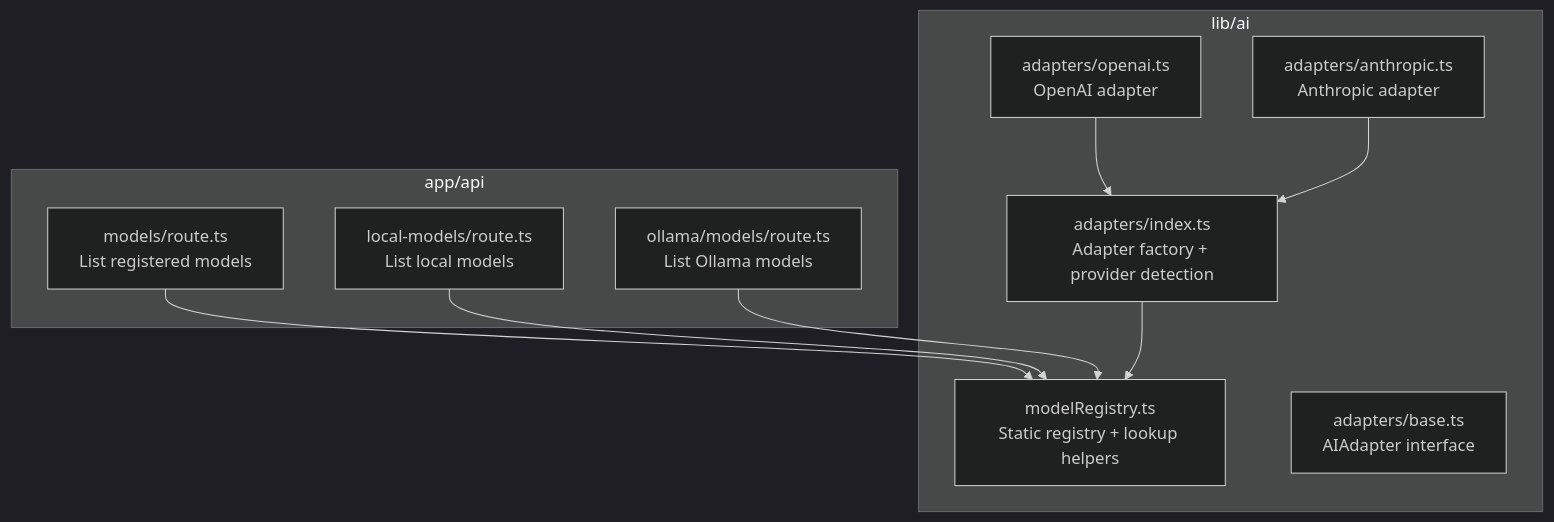
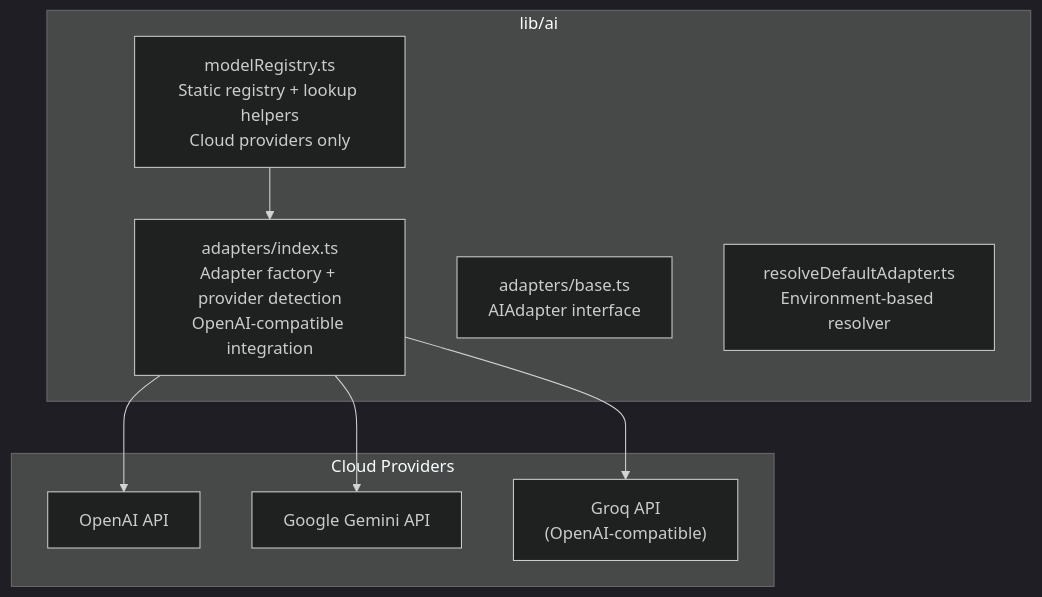
One commit to shekhargiri005-dotcom/AI-powered-accessibility-first-UI-engine changed the first of 5 diagrams in .qoder/repowiki/en/content/AI Generation Engine/Model Configuration & Selection/Model Registry & Profiles.md. Above: the diagram before and after it, drawn with Mermaid (dark theme). The commit also changed other lines of this file and 10 other files, not shown here.

````diff
--- a/.qoder/repowiki/en/content/AI Generation Engine/Model Configuration & Selection/Model Registry & Profiles.md
+++ b/.qoder/repowiki/en/content/AI Generation Engine/Model Configuration & Selection/Model Registry & Profiles.md
@@ -32,21 +37,18 @@
 ```mermaid
 graph TB
 subgraph "lib/ai"
-MR["modelRegistry.ts<br/>Static registry + lookup helpers"]
-ADIDX["adapters/index.ts<br/>Adapter factory + provider detection"]
+MR["modelRegistry.ts<br/>Static registry + lookup helpers<br/>Cloud providers only"]
+ADIDX["adapters/index.ts<br/>Adapter factory + provider detection<br/>OpenAI-compatible integration"]
 AIBASE["adapters/base.ts<br/>AIAdapter interface"]
-OA["adapters/openai.ts<br/>OpenAI adapter"]
-AC["adapters/anthropic.ts<br/>Anthropic adapter"]
+RESDEF["resolveDefaultAdapter.ts<br/>Environment-based resolver"]
 end
-subgraph "app/api"
-AMR["models/route.ts<br/>List registered models"]
-ALM["local-models/route.ts<br/>List local models"]
-AOLL["ollama/models/route.ts<br/>List Ollama models"]
+subgraph "Cloud Providers"
+OPENAI["OpenAI API"]
+GOOGLE["Google Gemini API"]
+GROQ["Groq API<br/>(OpenAI-compatible)"]
 end
-AMR --> MR
-ALM --> MR
-AOLL --> MR
-ADIDX --> MR
-OA --> ADIDX
-AC --> ADIDX
+MR --> ADIDX
+ADIDX --> OPENAI
+ADIDX --> GOOGLE
+ADIDX --> GROQ
 ```
````
